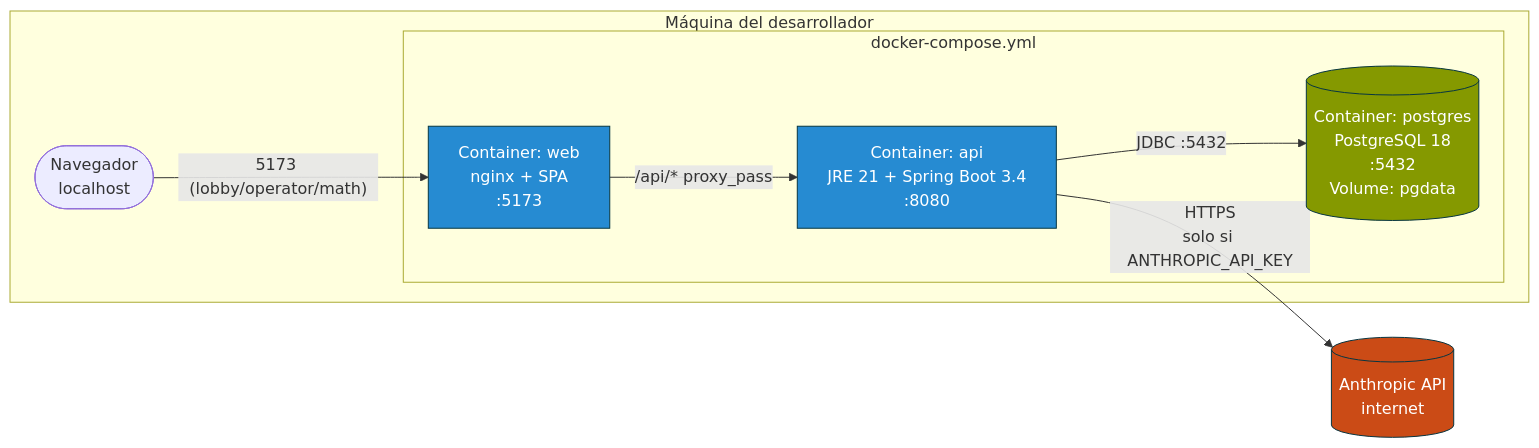
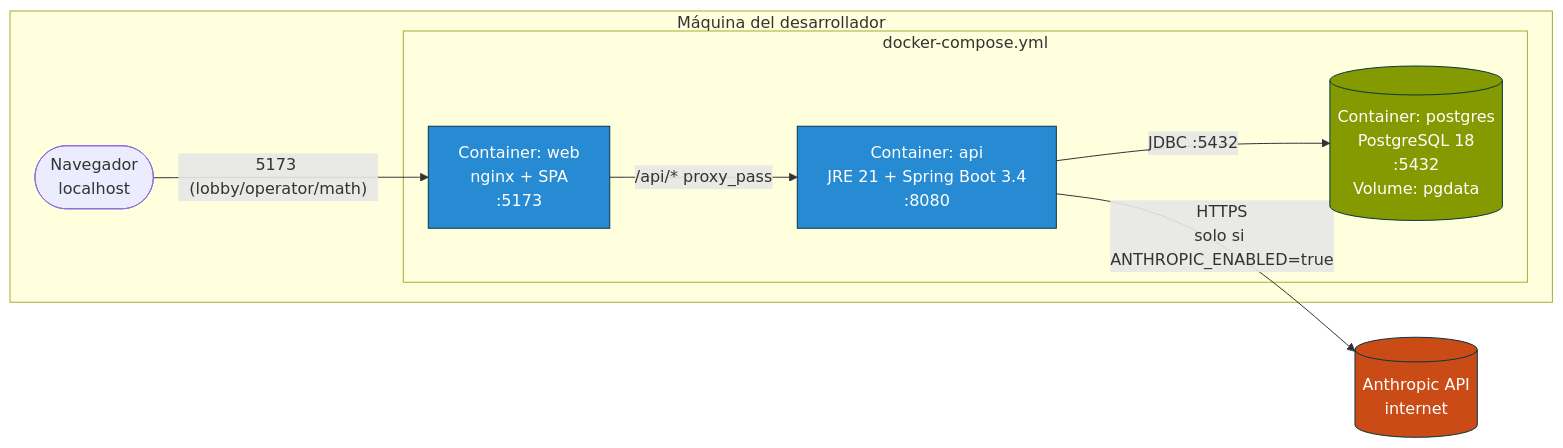
One commit to jordipochvall/AI4Devs-finalproject changed the eighth of 12 diagrams in readme.md. Above: the diagram before and after it, drawn with Mermaid. The commit also changed other lines of this file and 2 other files, not shown here.

````diff
--- a/readme.md
+++ b/readme.md
@@ -849,25 +854,25 @@
 ```mermaid
 flowchart LR
     subgraph Host["Máquina del desarrollador"]
         subgraph Compose["docker-compose.yml"]
             WEB["Container: web<br/>nginx + SPA<br/>:5173"]
             API["Container: api<br/>JRE 21 + Spring Boot 3.4<br/>:8080"]
             PG[("Container: postgres<br/>PostgreSQL 18<br/>:5432<br/>Volume: pgdata")]
         end
         Browser([Navegador<br/>localhost])
     end
 
     Anthropic[(Anthropic API<br/>internet)]
 
     Browser -- "5173 (lobby/operator/math)" --> WEB
     WEB -- "/api/* proxy_pass" --> API
     API -- "JDBC :5432" --> PG
-    API -- "HTTPS<br/>solo si ANTHROPIC_API_KEY" --> Anthropic
+    API -- "HTTPS<br/>solo si ANTHROPIC_ENABLED=true" --> Anthropic
 
     classDef cont fill:#268bd2,stroke:#073642,color:#fff
     classDef db fill:#859900,stroke:#073642,color:#fff
     classDef ext fill:#cb4b16,stroke:#073642,color:#fff
     class WEB,API cont
     class PG db
     class Anthropic ext
 ```
````
